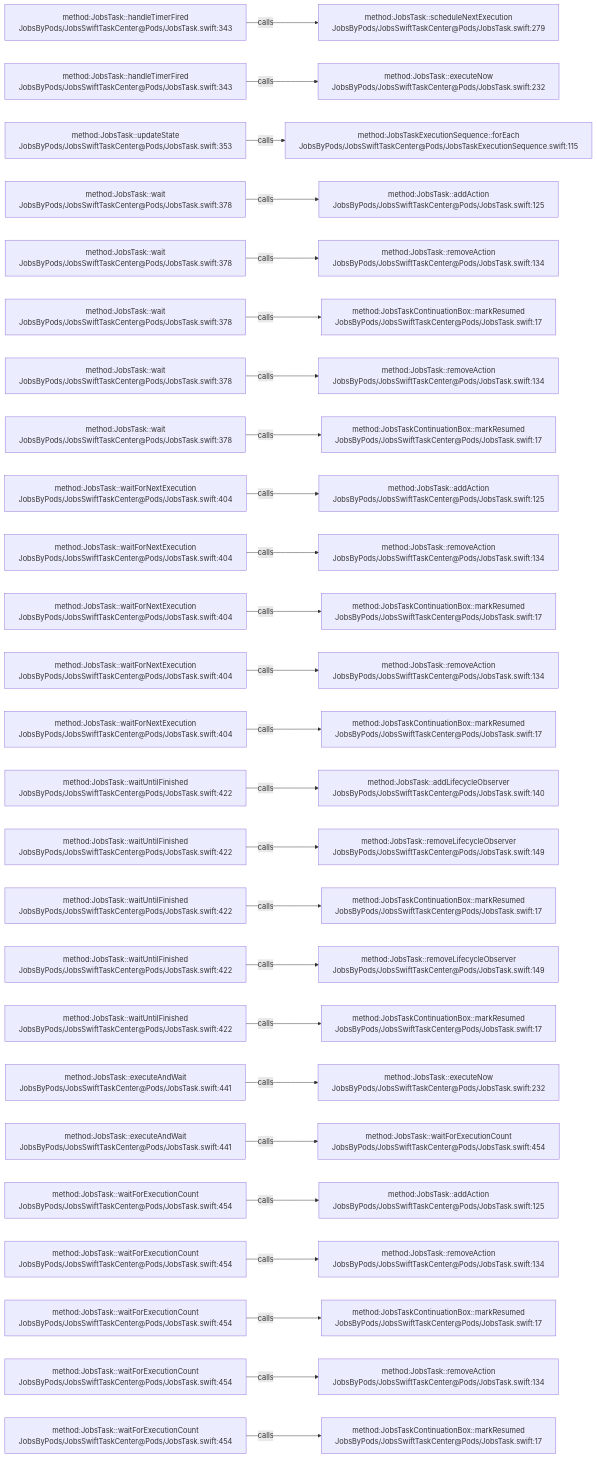
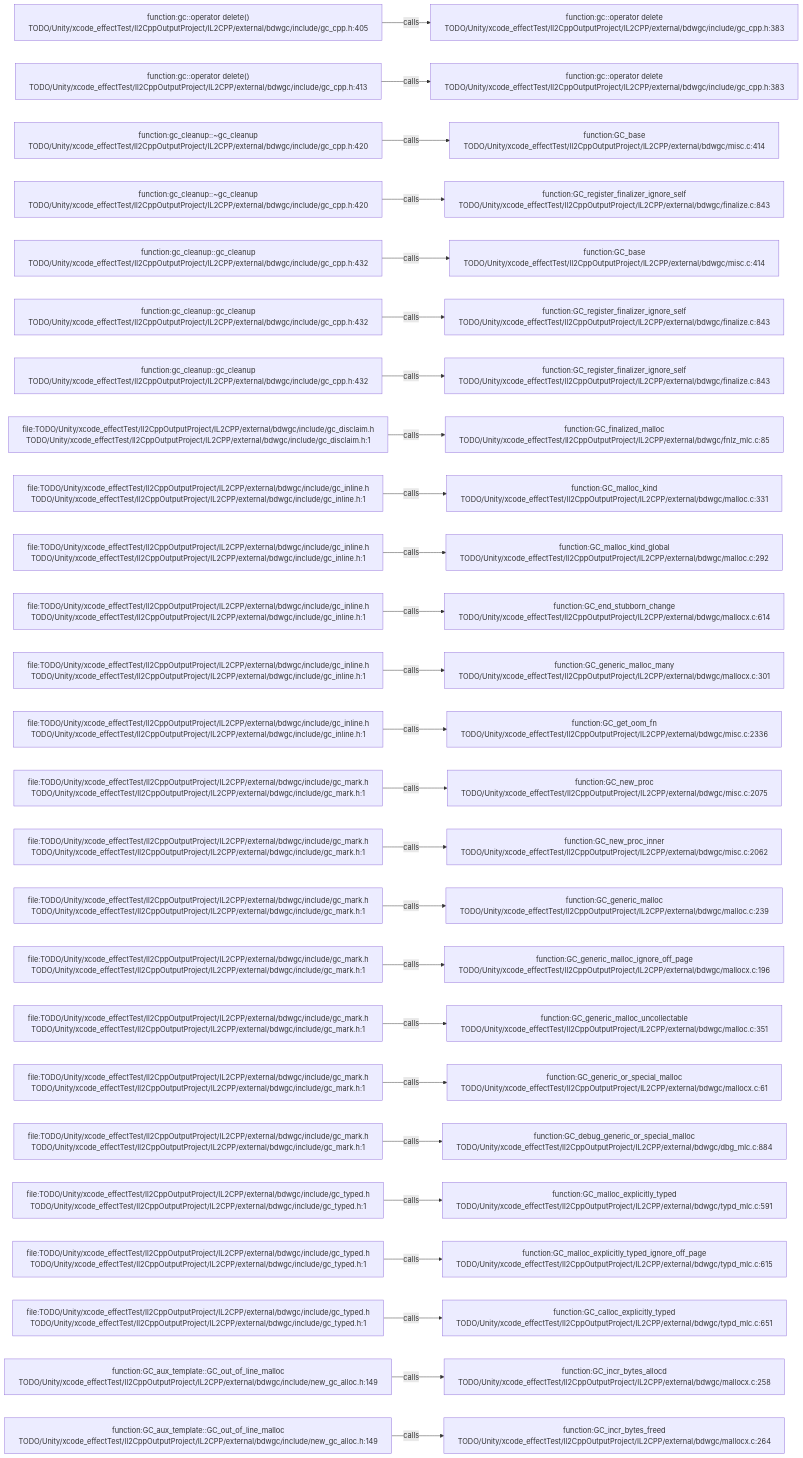
One commit to JobsKits/JobsSwiftBaseConfigDemo changed the diagram in .codegraph/codegraph.md/graphs/calls-181.md. Above: the diagram before and after it, drawn with Mermaid. The commit also changed 569 other files, not shown here.

````diff
--- a/.codegraph/codegraph.md/graphs/calls-181.md
+++ b/.codegraph/codegraph.md/graphs/calls-181.md
@@ -13,78 +13,78 @@
 ```mermaid
 flowchart LR
-  S1["method:JobsTask::handleTimerFired<br/>JobsByPods/JobsSwiftTaskCenter@Pods/JobsTask.swift:343"]
-  T1["method:JobsTask::scheduleNextExecution<br/>JobsByPods/JobsSwiftTaskCenter@Pods/JobsTask.swift:279"]
+  S1["function:gc::operator delete()<br/>TODO/Unity/xcode_effectTest/Il2CppOutputProject/IL2CPP/external/bdwgc/include/gc_cpp.h:405"]
+  T1["function:gc::operator delete<br/>TODO/Unity/xcode_effectTest/Il2CppOutputProject/IL2CPP/external/bdwgc/include/gc_cpp.h:383"]
   S1 -->|calls| T1
-  S2["method:JobsTask::handleTimerFired<br/>JobsByPods/JobsSwiftTaskCenter@Pods/JobsTask.swift:343"]
-  T2["method:JobsTask::executeNow<br/>JobsByPods/JobsSwiftTaskCenter@Pods/JobsTask.swift:232"]
+  S2["function:gc::operator delete()<br/>TODO/Unity/xcode_effectTest/Il2CppOutputProject/IL2CPP/external/bdwgc/include/gc_cpp.h:413"]
+  T2["function:gc::operator delete<br/>TODO/Unity/xcode_effectTest/Il2CppOutputProject/IL2CPP/external/bdwgc/include/gc_cpp.h:383"]
   S2 -->|calls| T2
-  S3["method:JobsTask::updateState<br/>JobsByPods/JobsSwiftTaskCenter@Pods/JobsTask.swift:353"]
-  T3["method:JobsTaskExecutionSequence::forEach<br/>JobsByPods/JobsSwiftTaskCenter@Pods/JobsTaskExecutionSequence.swift:115"]
+  S3["function:gc_cleanup::~gc_cleanup<br/>TODO/Unity/xcode_effectTest/Il2CppOutputProject/IL2CPP/external/bdwgc/include/gc_cpp.h:420"]
+  T3["function:GC_base<br/>TODO/Unity/xcode_effectTest/Il2CppOutputProject/IL2CPP/external/bdwgc/misc.c:414"]
   S3 -->|calls| T3
-  S4["method:JobsTask::wait<br/>JobsByPods/JobsSwiftTaskCenter@Pods/JobsTask.swift:378"]
-  T4["method:JobsTask::addAction<br/>JobsByPods/JobsSwiftTaskCenter@Pods/JobsTask.swift:125"]
+  S4["function:gc_cleanup::~gc_cleanup<br/>TODO/Unity/xcode_effectTest/Il2CppOutputProject/IL2CPP/external/bdwgc/include/gc_cpp.h:420"]
+  T4["function:GC_register_finalizer_ignore_self<br/>TODO/Unity/xcode_effectTest/Il2CppOutputProject/IL2CPP/external/bdwgc/finalize.c:843"]
   S4 -->|calls| T4
-  S5["method:JobsTask::wait<br/>JobsByPods/JobsSwiftTaskCenter@Pods/JobsTask.swift:378"]
-  T5["method:JobsTask::removeAction<br/>JobsByPods/JobsSwiftTaskCenter@Pods/JobsTask.swift:134"]
+  S5["function:gc_cleanup::gc_cleanup<br/>TODO/Unity/xcode_effectTest/Il2CppOutputProject/IL2CPP/external/bdwgc/include/gc_cpp.h:432"]
+  T5["function:GC_base<br/>TODO/Unity/xcode_effectTest/Il2CppOutputProject/IL2CPP/external/bdwgc/misc.c:414"]
   S5 -->|calls| T5
-  S6["method:JobsTask::wait<br/>JobsByPods/JobsSwiftTaskCenter@Pods/JobsTask.swift:378"]
-  T6["method:JobsTaskContinuationBox::markResumed<br/>JobsByPods/JobsSwiftTaskCenter@Pods/JobsTask.swift:17"]
+  S6["function:gc_cleanup::gc_cleanup<br/>TODO/Unity/xcode_effectTest/Il2CppOutputProject/IL2CPP/external/bdwgc/include/gc_cpp.h:432"]
+  T6["function:GC_register_finalizer_ignore_self<br/>TODO/Unity/xcode_effectTest/Il2CppOutputProject/IL2CPP/external/bdwgc/finalize.c:843"]
   S6 -->|calls| T6
-  S7["method:JobsTask::wait<br/>JobsByPods/JobsSwiftTaskCenter@Pods/JobsTask.swift:378"]
-  T7["method:JobsTask::removeAction<br/>JobsByPods/JobsSwiftTaskCenter@Pods/JobsTask.swift:134"]
+  S7["function:gc_cleanup::gc_cleanup<br/>TODO/Unity/xcode_effectTest/Il2CppOutputProject/IL2CPP/external/bdwgc/include/gc_cpp.h:432"]
+  T7["function:GC_register_finalizer_ignore_self<br/>TODO/Unity/xcode_effectTest/Il2CppOutputProject/IL2CPP/external/bdwgc/finalize.c:843"]
   S7 -->|calls| T7
-  S8["method:JobsTask::wait<br/>JobsByPods/JobsSwiftTaskCenter@Pods/JobsTask.swift:378"]
-  T8["method:JobsTaskContinuationBox::markResumed<br/>JobsByPods/JobsSwiftTaskCenter@Pods/JobsTask.swift:17"]
+  S8["file:TODO/Unity/xcode_effectTest/Il2CppOutputProject/IL2CPP/external/bdwgc/include/gc_disclaim.h<br/>TODO/Unity/xcode_effectTest/Il2CppOutputProject/IL2CPP/external/bdwgc/include/gc_disclaim.h:1"]
+  T8["function:GC_finalized_malloc<br/>TODO/Unity/xcode_effectTest/Il2CppOutputProject/IL2CPP/external/bdwgc/fnlz_mlc.c:85"]
   S8 -->|calls| T8
-  S9["method:JobsTask::waitForNextExecution<br/>JobsByPods/JobsSwiftTaskCenter@Pods/JobsTask.swift:404"]
-  T9["method:JobsTask::addAction<br/>JobsByPods/JobsSwiftTaskCenter@Pods/JobsTask.swift:125"]
+  S9["file:TODO/Unity/xcode_effectTest/Il2CppOutputProject/IL2CPP/external/bdwgc/include/gc_inline.h<br/>TODO/Unity/xcode_effectTest/Il2CppOutputProject/IL2CPP/external/bdwgc/include/gc_inline.h:1"]
+  T9["function:GC_malloc_kind<br/>TODO/Unity/xcode_effectTest/Il2CppOutputProject/IL2CPP/external/bdwgc/malloc.c:331"]
   S9 -->|calls| T9
-  S10["method:JobsTask::waitForNextExecution<br/>JobsByPods/JobsSwiftTaskCenter@Pods/JobsTask.swift:404"]
-  T10["method:JobsTask::removeAction<br/>JobsByPods/JobsSwiftTaskCenter@Pods/JobsTask.swift:134"]
+  S10["file:TODO/Unity/xcode_effectTest/Il2CppOutputProject/IL2CPP/external/bdwgc/include/gc_inline.h<br/>TODO/Unity/xcode_effectTest/Il2CppOutputProject/IL2CPP/external/bdwgc/include/gc_inline.h:1"]
+  T10["function:GC_malloc_kind_global<br/>TODO/Unity/xcode_effectTest/Il2CppOutputProject/IL2CPP/external/bdwgc/malloc.c:292"]
   S10 -->|calls| T10
-  S11["method:JobsTask::waitForNextExecution<br/>JobsByPods/JobsSwiftTaskCenter@Pods/JobsTask.swift:404"]
-  T11["method:JobsTaskContinuationBox::markResumed<br/>JobsByPods/JobsSwiftTaskCenter@Pods/JobsTask.swift:17"]
+  S11["file:TODO/Unity/xcode_effectTest/Il2CppOutputProject/IL2CPP/external/bdwgc/include/gc_inline.h<br/>TODO/Unity/xcode_effectTest/Il2CppOutputProject/IL2CPP/external/bdwgc/include/gc_inline.h:1"]
+  T11["function:GC_end_stubborn_change<br/>TODO/Unity/xcode_effectTest/Il2CppOutputProject/IL2CPP/external/bdwgc/mallocx.c:614"]
   S11 -->|calls| T11
-  S12["method:JobsTask::waitForNextExecution<br/>JobsByPods/JobsSwiftTaskCenter@Pods/JobsTask.swift:404"]
-  T12["method:JobsTask::removeAction<br/>JobsByPods/JobsSwiftTaskCenter@Pods/JobsTask.swift:134"]
+  S12["file:TODO/Unity/xcode_effectTest/Il2CppOutputProject/IL2CPP/external/bdwgc/include/gc_inline.h<br/>TODO/Unity/xcode_effectTest/Il2CppOutputProject/IL2CPP/external/bdwgc/include/gc_inline.h:1"]
+  T12["function:GC_generic_malloc_many<br/>TODO/Unity/xcode_effectTest/Il2CppOutputProject/IL2CPP/external/bdwgc/mallocx.c:301"]
   S12 -->|calls| T12
-  S13["method:JobsTask::waitForNextExecution<br/>JobsByPods/JobsSwiftTaskCenter@Pods/JobsTask.swift:404"]
-  T13["method:JobsTaskContinuationBox::markResumed<br/>JobsByPods/JobsSwiftTaskCenter@Pods/JobsTask.swift:17"]
+  S13["file:TODO/Unity/xcode_effectTest/Il2CppOutputProject/IL2CPP/external/bdwgc/include/gc_inline.h<br/>TODO/Unity/xcode_effectTest/Il2CppOutputProject/IL2CPP/external/bdwgc/include/gc_inline.h:1"]
+  T13["function:GC_get_oom_fn<br/>TODO/Unity/xcode_effectTest/Il2CppOutputProject/IL2CPP/external/bdwgc/misc.c:2336"]
   S13 -->|calls| T13
-  S14["method:JobsTask::waitUntilFinished<br/>JobsByPods/JobsSwiftTaskCenter@Pods/JobsTask.swift:422"]
-  T14["method:JobsTask::addLifecycleObserver<br/>JobsByPods/JobsSwiftTaskCenter@Pods/JobsTask.swift:140"]
+  S14["file:TODO/Unity/xcode_effectTest/Il2CppOutputProject/IL2CPP/external/bdwgc/include/gc_mark.h<br/>TODO/Unity/xcode_effectTest/Il2CppOutputProject/IL2CPP/external/bdwgc/include/gc_mark.h:1"]
+  T14["function:GC_new_proc<br/>TODO/Unity/xcode_effectTest/Il2CppOutputProject/IL2CPP/external/bdwgc/misc.c:2075"]
   S14 -->|calls| T14
-  S15["method:JobsTask::waitUntilFinished<br/>JobsByPods/JobsSwiftTaskCenter@Pods/JobsTask.swift:422"]
-  T15["method:JobsTask::removeLifecycleObserver<br/>JobsByPods/JobsSwiftTaskCenter@Pods/JobsTask.swift:149"]
+  S15["file:TODO/Unity/xcode_effectTest/Il2CppOutputProject/IL2CPP/external/bdwgc/include/gc_mark.h<br/>TODO/Unity/xcode_effectTest/Il2CppOutputProject/IL2CPP/external/bdwgc/include/gc_mark.h:1"]
+  T15["function:GC_new_proc_inner<br/>TODO/Unity/xcode_effectTest/Il2CppOutputProject/IL2CPP/external/bdwgc/misc.c:2062"]
   S15 -->|calls| T15
-  S16["method:JobsTask::waitUntilFinished<br/>JobsByPods/JobsSwiftTaskCenter@Pods/JobsTask.swift:422"]
-  T16["method:JobsTaskContinuationBox::markResumed<br/>JobsByPods/JobsSwiftTaskCenter@Pods/JobsTask.swift:17"]
+  S16["file:TODO/Unity/xcode_effectTest/Il2CppOutputProject/IL2CPP/external/bdwgc/include/gc_mark.h<br/>TODO/Unity/xcode_effectTest/Il2CppOutputProject/IL2CPP/external/bdwgc/include/gc_mark.h:1"]
+  T16["function:GC_generic_malloc<br/>TODO/Unity/xcode_effectTest/Il2CppOutputProject/IL2CPP/external/bdwgc/malloc.c:239"]
   S16 -->|calls| T16
-  S17["method:JobsTask::waitUntilFinished<br/>JobsByPods/JobsSwiftTaskCenter@Pods/JobsTask.swift:422"]
-  T17["method:JobsTask::removeLifecycleObserver<br/>JobsByPods/JobsSwiftTaskCenter@Pods/JobsTask.swift:149"]
+  S17["file:TODO/Unity/xcode_effectTest/Il2CppOutputProject/IL2CPP/external/bdwgc/include/gc_mark.h<br/>TODO/Unity/xcode_effectTest/Il2CppOutputProject/IL2CPP/external/bdwgc/include/gc_mark.h:1"]
+  T17["function:GC_generic_malloc_ignore_off_page<br/>TODO/Unity/xcode_effectTest/Il2CppOutputProject/IL2CPP/external/bdwgc/mallocx.c:196"]
   S17 -->|calls| T17
-  S18["method:JobsTask::waitUntilFinished<br/>JobsByPods/JobsSwiftTaskCenter@Pods/JobsTask.swift:422"]
-  T18["method:JobsTaskContinuationBox::markResumed<br/>JobsByPods/JobsSwiftTaskCenter@Pods/JobsTask.swift:17"]
+  S18["file:TODO/Unity/xcode_effectTest/Il2CppOutputProject/IL2CPP/external/bdwgc/include/gc_mark.h<br/>TODO/Unity/xcode_effectTest/Il2CppOutputProject/IL2CPP/external/bdwgc/include/gc_mark.h:1"]
+  T18["function:GC_generic_malloc_uncollectable<br/>TODO/Unity/xcode_effectTest/Il2CppOutputProject/IL2CPP/external/bdwgc/malloc.c:351"]
   S18 -->|calls| T18
-  S19["method:JobsTask::executeAndWait<br/>JobsByPods/JobsSwiftTaskCenter@Pods/JobsTask.swift:441"]
-  T19["method:JobsTask::executeNow<br/>JobsByPods/JobsSwiftTaskCenter@Pods/JobsTask.swift:232"]
+  S19["file:TODO/Unity/xcode_effectTest/Il2CppOutputProject/IL2CPP/external/bdwgc/include/gc_mark.h<br/>TODO/Unity/xcode_effectTest/Il2CppOutputProject/IL2CPP/external/bdwgc/include/gc_mark.h:1"]
+  T19["function:GC_generic_or_special_malloc<br/>TODO/Unity/xcode_effectTest/Il2CppOutputProject/IL2CPP/external/bdwgc/mallocx.c:61"]
   S19 -->|calls| T19
-  S20["method:JobsTask::executeAndWait<br/>JobsByPods/JobsSwiftTaskCenter@Pods/JobsTask.swift:441"]
-  T20["method:JobsTask::waitForExecutionCount<br/>JobsByPods/JobsSwiftTaskCenter@Pods/JobsTask.swift:454"]
+  S20["file:TODO/Unity/xcode_effectTest/Il2CppOutputProject/IL2CPP/external/bdwgc/include/gc_mark.h<br/>TODO/Unity/xcode_effectTest/Il2CppOutputProject/IL2CPP/external/bdwgc/include/gc_mark.h:1"]
+  T20["function:GC_debug_generic_or_special_malloc<br/>TODO/Unity/xcode_effectTest/Il2CppOutputProject/IL2CPP/external/bdwgc/dbg_mlc.c:884"]
   S20 -->|calls| T20
-  S21["method:JobsTask::waitForExecutionCount<br/>JobsByPods/JobsSwiftTaskCenter@Pods/JobsTask.swift:454"]
-  T21["method:JobsTask::addAction<br/>JobsByPods/JobsSwiftTaskCenter@Pods/JobsTask.swift:125"]
+  S21["file:TODO/Unity/xcode_effectTest/Il2CppOutputProject/IL2CPP/external/bdwgc/include/gc_typed.h<br/>TODO/Unity/xcode_effectTest/Il2CppOutputProject/IL2CPP/external/bdwgc/include/gc_typed.h:1"]
+  T21["function:GC_malloc_explicitly_typed<br/>TODO/Unity/xcode_effectTest/Il2CppOutputProject/IL2CPP/external/bdwgc/typd_mlc.c:591"]
   S21 -->|calls| T21
-  S22["method:JobsTask::waitForExecutionCount<br/>JobsByPods/JobsSwiftTaskCenter@Pods/JobsTask.swift:454"]
-  T22["method:JobsTask::removeAction<br/>JobsByPods/JobsSwiftTaskCenter@Pods/JobsTask.swift:134"]
+  S22["file:TODO/Unity/xcode_effectTest/Il2CppOutputProject/IL2CPP/external/bdwgc/include/gc_typed.h<br/>TODO/Unity/xcode_effectTest/Il2CppOutputProject/IL2CPP/external/bdwgc/include/gc_typed.h:1"]
+  T22["function:GC_malloc_explicitly_typed_ignore_off_page<br/>TODO/Unity/xcode_effectTest/Il2CppOutputProject/IL2CPP/external/bdwgc/typd_mlc.c:615"]
   S22 -->|calls| T22
-  S23["method:JobsTask::waitForExecutionCount<br/>JobsByPods/JobsSwiftTaskCenter@Pods/JobsTask.swift:454"]
-  T23["method:JobsTaskContinuationBox::markResumed<br/>JobsByPods/JobsSwiftTaskCenter@Pods/JobsTask.swift:17"]
+  S23["file:TODO/Unity/xcode_effectTest/Il2CppOutputProject/IL2CPP/external/bdwgc/include/gc_typed.h<br/>TODO/Unity/xcode_effectTest/Il2CppOutputProject/IL2CPP/external/bdwgc/include/gc_typed.h:1"]
+  T23["function:GC_calloc_explicitly_typed<br/>TODO/Unity/xcode_effectTest/Il2CppOutputProject/IL2CPP/external/bdwgc/typd_mlc.c:651"]
   S23 -->|calls| T23
-  S24["method:JobsTask::waitForExecutionCount<br/>JobsByPods/JobsSwiftTaskCenter@Pods/JobsTask.swift:454"]
-  T24["method:JobsTask::removeAction<br/>JobsByPods/JobsSwiftTaskCenter@Pods/JobsTask.swift:134"]
+  S24["function:GC_aux_template<dummy>::GC_out_of_line_malloc<br/>TODO/Unity/xcode_effectTest/Il2CppOutputProject/IL2CPP/external/bdwgc/include/new_gc_alloc.h:149"]
+  T24["function:GC_incr_bytes_allocd<br/>TODO/Unity/xcode_effectTest/Il2CppOutputProject/IL2CPP/external/bdwgc/mallocx.c:258"]
   S24 -->|calls| T24
-  S25["method:JobsTask::waitForExecutionCount<br/>JobsByPods/JobsSwiftTaskCenter@Pods/JobsTask.swift:454"]
-  T25["method:JobsTaskContinuationBox::markResumed<br/>JobsByPods/JobsSwiftTaskCenter@Pods/JobsTask.swift:17"]
+  S25["function:GC_aux_template<dummy>::GC_out_of_line_malloc<br/>TODO/Unity/xcode_effectTest/Il2CppOutputProject/IL2CPP/external/bdwgc/include/new_gc_alloc.h:149"]
+  T25["function:GC_incr_bytes_freed<br/>TODO/Unity/xcode_effectTest/Il2CppOutputProject/IL2CPP/external/bdwgc/mallocx.c:264"]
   S25 -->|calls| T25
 ```
````
